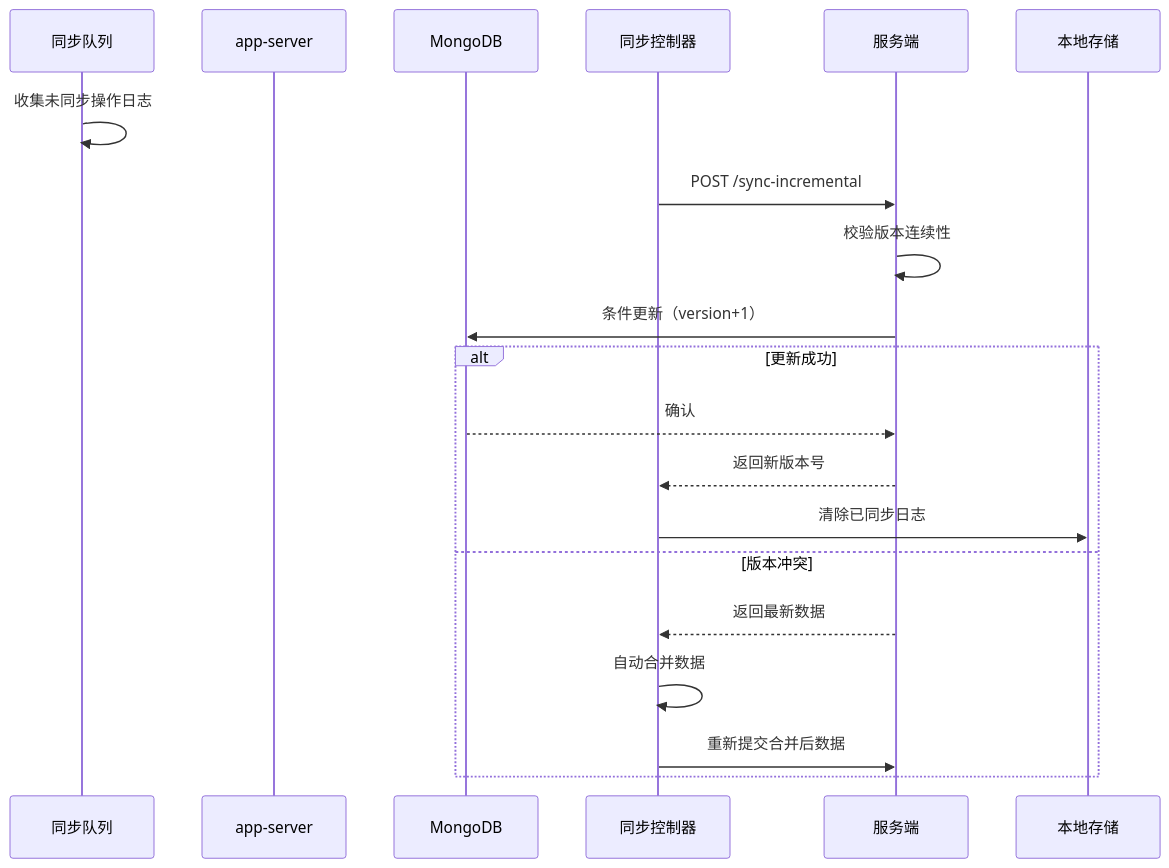
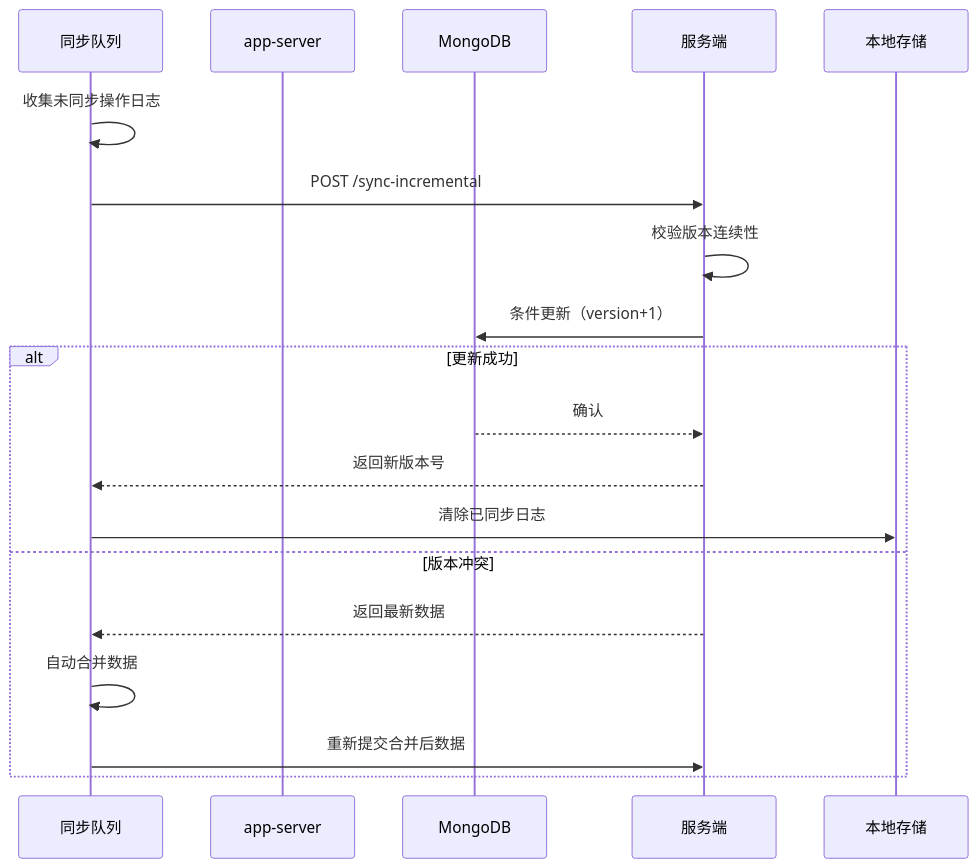
The diagram in all/未命名-24.md (yingjianzh/iodraw-files), drawn with Mermaid before and after one commit.

Commit message:
2025-02-21 18:31:36 update

````diff
--- a/all/未命名-24.md
+++ b/all/未命名-24.md
@@ -1,20 +1,20 @@
 ```mermaid
 sequenceDiagram
     participant 同步队列
     participant app-server
     participant MongoDB
 
     同步队列->>同步队列: 收集未同步操作日志
-    同步控制器->>服务端: POST /sync-incremental
+    同步队列->>服务端: POST /sync-incremental
     服务端->>服务端: 校验版本连续性
     服务端->>MongoDB: 条件更新（version+1）
     alt 更新成功
         MongoDB-->>服务端: 确认
-        服务端-->>同步控制器: 返回新版本号
-        同步控制器->>本地存储: 清除已同步日志
+        服务端-->>同步队列: 返回新版本号
+        同步队列->>本地存储: 清除已同步日志
     else 版本冲突
-        服务端-->>同步控制器: 返回最新数据
-        同步控制器->>同步控制器: 自动合并数据
-        同步控制器->>服务端: 重新提交合并后数据
+        服务端-->>同步队列: 返回最新数据
+        同步队列->>同步队列: 自动合并数据
+        同步队列->>服务端: 重新提交合并后数据
     end
 ```
````
